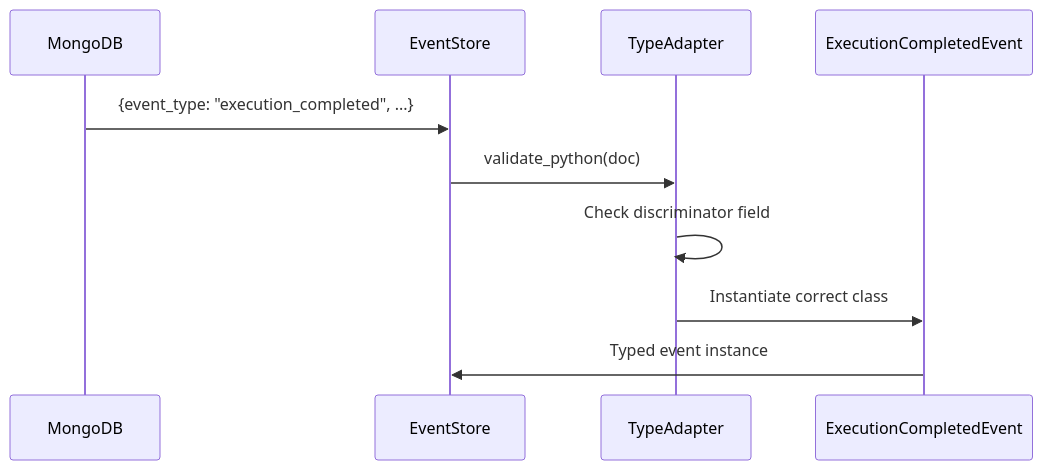
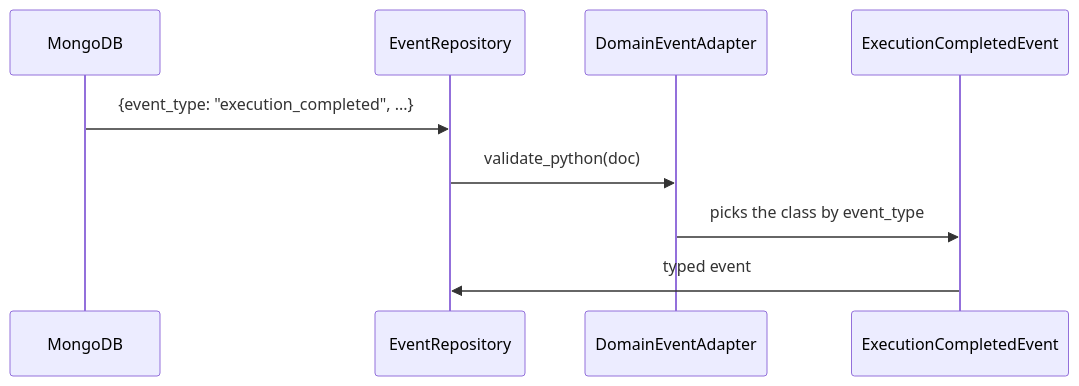
The second of 3 diagrams in docs/architecture/event-system-design.md (HardMax71/Integr8sCode), drawn with Mermaid before and after one commit. The commit also changed other lines of this file and 304 other files, not shown here.

````diff
--- a/docs/architecture/event-system-design.md
+++ b/docs/architecture/event-system-design.md
@@ -72,13 +53,12 @@
 ```mermaid
 sequenceDiagram
     participant DB as MongoDB
-    participant Repo as EventStore
-    participant TA as TypeAdapter
+    participant Repo as EventRepository
+    participant TA as DomainEventAdapter
     participant Event as ExecutionCompletedEvent
 
     DB->>Repo: {event_type: "execution_completed", ...}
     Repo->>TA: validate_python(doc)
-    TA->>TA: Check discriminator field
-    TA->>Event: Instantiate correct class
-    Event->>Repo: Typed event instance
+    TA->>Event: picks the class by event_type
+    Event->>Repo: typed event
 ```
````
